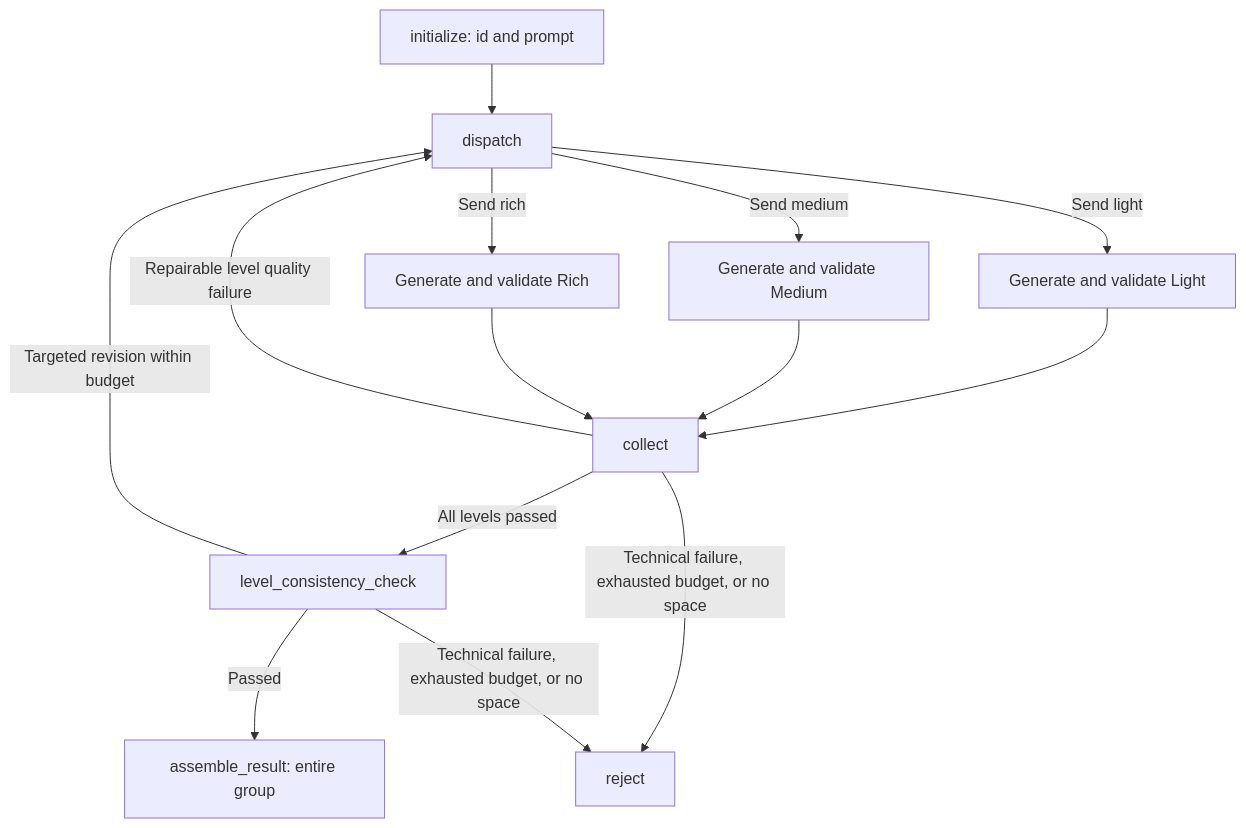
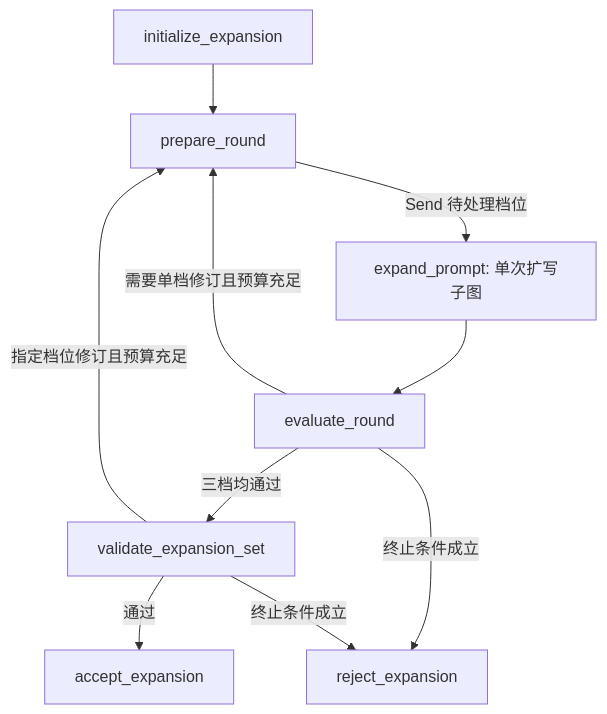
Before and after one commit to ChenYizhu97/PairData: the third of 4 diagrams in docs/workflows.md, drawn with Mermaid. The commit also changed other lines of this file and 47 other files, not shown here.

````diff
--- a/docs/workflows.md
+++ b/docs/workflows.md
@@ -29,16 +51,12 @@
 ```mermaid
 flowchart TD
-  A[initialize: id and prompt] --> B[dispatch]
-  B -->|Send light| L[Generate and validate Light]
-  B -->|Send medium| M[Generate and validate Medium]
-  B -->|Send rich| R[Generate and validate Rich]
-  L --> C[collect]
-  M --> C
-  R --> C
-  C -->|Repairable level quality failure| B
-  C -->|All levels passed| V[level_consistency_check]
-  C -->|Technical failure, exhausted budget, or no space| X[reject]
-  V -->|Targeted revision within budget| B
-  V -->|Passed| E[assemble_result: entire group]
-  V -->|Technical failure, exhausted budget, or no space| X
+    A[initialize_expansion] --> B[prepare_round]
+    B -->|Send 待处理档位| C[expand_prompt: 单次扩写子图]
+    C --> D[evaluate_round]
+    D -->|需要单档修订且预算充足| B
+    D -->|三档均通过| E[validate_expansion_set]
+    D -->|终止条件成立| R[reject_expansion]
+    E -->|指定档位修订且预算充足| B
+    E -->|通过| P[accept_expansion]
+    E -->|终止条件成立| R
 ```
````
